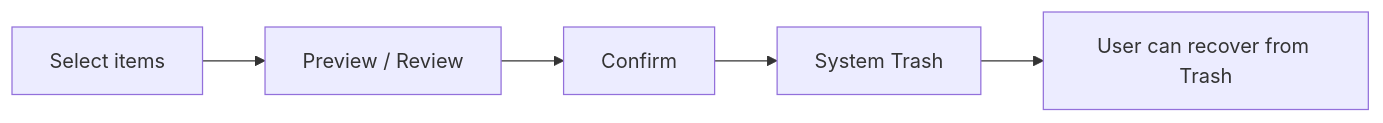
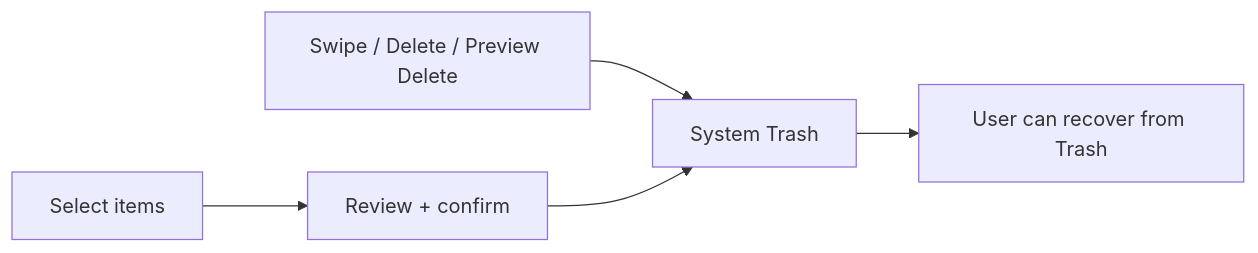
Before and after one commit to iman-suherman/diskwise-macos: the diagram in docs/android-photos.md, drawn with Mermaid. The commit also changed other lines of this file and 4 other files, not shown here.

````diff
--- a/docs/android-photos.md
+++ b/docs/android-photos.md
@@ -23,7 +24,7 @@
 ```mermaid
 flowchart LR
-    A[Select items] --> B[Preview / Review]
-    B --> C[Confirm]
-    C --> D[System Trash]
+    A[Swipe / Delete / Preview Delete] --> D[System Trash]
+    B[Select items] --> C[Review + confirm]
+    C --> D
     D --> E[User can recover from Trash]
 ```
````
